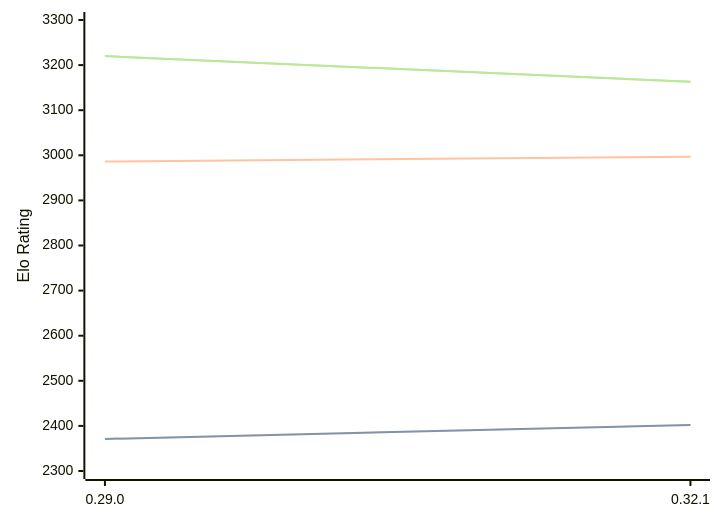
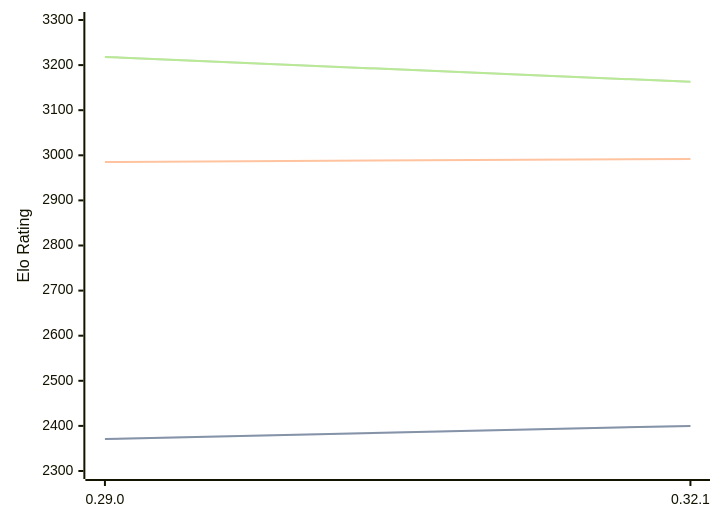
One commit to computer-chess-index/cci changed the first of 3 diagrams in engines/Lc0.md. Above: the diagram before and after it, drawn with Mermaid. The commit also changed other lines of this file, not shown here.

Commit message:
Update CCI Ratings (ELO VLTC) - 2026-07-15

````diff
--- a/engines/Lc0.md
+++ b/engines/Lc0.md
@@ -68,11 +68,11 @@
 ```mermaid
 %%{init: {"theme":"base","themeVariables":{"seriesColors:['#a3a3a3','#222221','#faa371']}}}%%
 xychart-beta
   x-axis ["0.29.0", "0.32.1"]
   y-axis "Elo Rating" 2300 --> 3300
-  line "STC (8.0+0.08s)" [2371, 2402]
-  line "STC (8.0+0.08s)" [2371, 2402]
-  line "LTC (60.0+0.60s)" [2986, 2997]
-  line "VLTC (2m24s+1.12s)" [3220, 3163]
-  line "VLTC (2m24s+1.12s)" [3220, 3163]
+  line "STC (8.0+0.08s)" [2371, 2400]
+  line "STC (8.0+0.08s)" [2371, 2400]
+  line "LTC (60.0+0.60s)" [2985, 2992]
+  line "VLTC (2m24s+1.12s)" [3218, 3163]
+  line "VLTC (2m24s+1.12s)" [3218, 3163]
 ```
````
